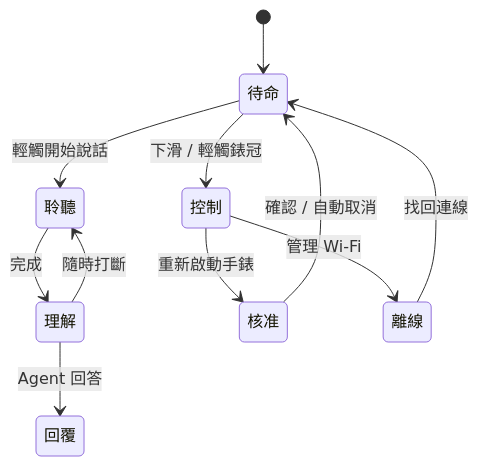
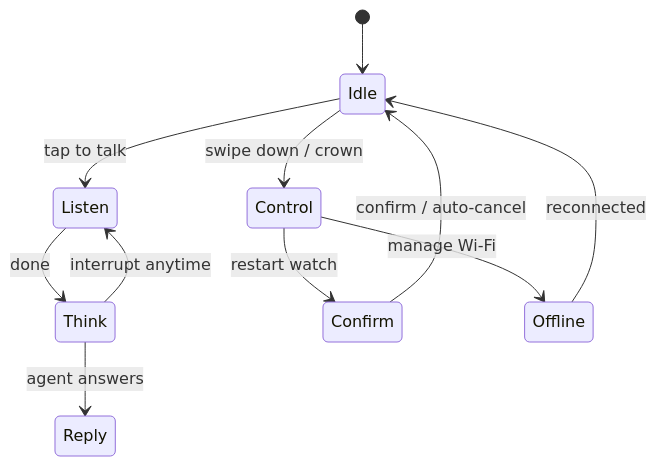
The diagram in README.md (jiapunk/lumen-watch-site), drawn with Mermaid before and after one commit. The commit also changed other lines of this file and 2 other files, not shown here.

````diff
--- a/README.md
+++ b/README.md
@@ -51,13 +54,13 @@
 ```mermaid
 stateDiagram-v2
-    [*] --> 待命
-    待命 --> 聆聽: 輕觸開始說話
-    聆聽 --> 理解: 完成
-    理解 --> 回覆: Agent 回答
-    理解 --> 聆聽: 隨時打斷
-    待命 --> 控制: 下滑 / 輕觸錶冠
-    控制 --> 核准: 重新啟動手錶
-    核准 --> 待命: 確認 / 自動取消
-    控制 --> 離線: 管理 Wi-Fi
-    離線 --> 待命: 找回連線
+    [*] --> Idle
+    Idle --> Listen: tap to talk
+    Listen --> Think: done
+    Think --> Reply: agent answers
+    Think --> Listen: interrupt anytime
+    Idle --> Control: swipe down / crown
+    Control --> Confirm: restart watch
+    Confirm --> Idle: confirm / auto-cancel
+    Control --> Offline: manage Wi-Fi
+    Offline --> Idle: reconnected
 ```
````
